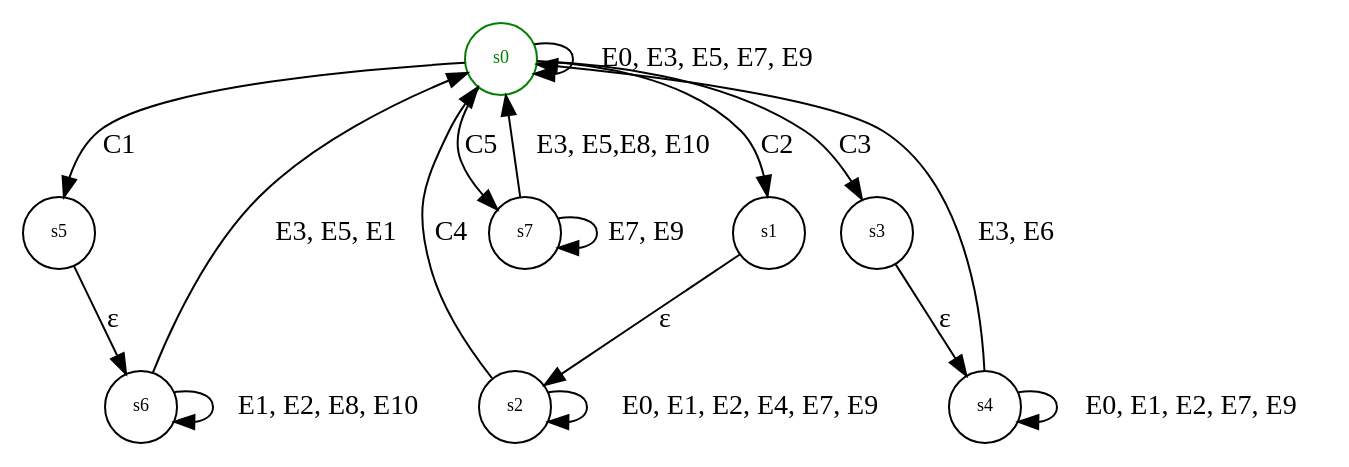
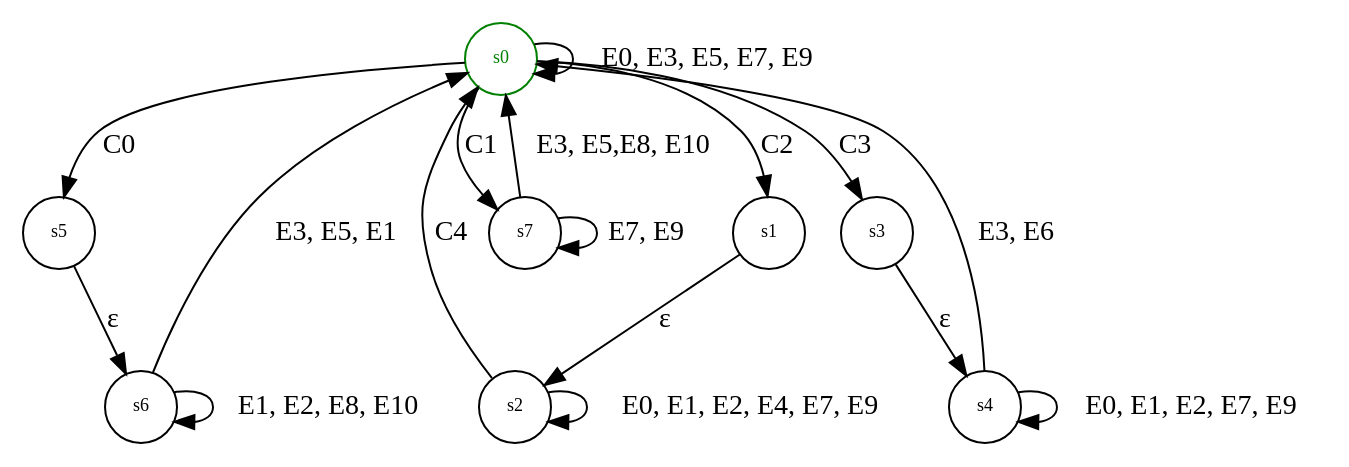
The diagram in source/state_machine_row_selection.gv (eidolonsystems/clipped_table), drawn with Graphviz before and after one commit.

Commit message:
Refactoring.

```diff
--- a/source/state_machine_row_selection.gv
+++ b/source/state_machine_row_selection.gv
@@ -1,148 +1,150 @@
 
 digraph ColumnResizing{
   node [shape = circle, fontsize = 9];
   edge [ fontsize = 14];
 
   s0 [label="s0" color = green, fontcolor = green,];
   s5 [label="s5"];
   s6 [label="s6"];
   s1 [label="s1"];
   s2 [label="s2"];
   s3 [label="s3"];
   s4 [label="s4"];
 
 
   s0 -> s0 [label = "E0, E3, E5, E7, E9"];
-  s0 -> s5 [label = "C1"];
+  s0 -> s5 [label = "C0"];
   s0 -> s1 [label = "C2"];
   s0 -> s3 [label = "C3"];
   s5 -> s6 [label = "&#949;"];
   s6 -> s6 [label = "E1, E2, E8, E10"];
   s6 -> s0 [label = "E3, E5, E1" ];
   s1 -> s2 [label = "&#949;"];
   s2 -> s2 [label = "E0, E1, E2, E4, E7, E9"];
   s2 -> s0 [label = "C4"];
   s3 -> s4 [label = "&#949;"];
   s4 -> s0 [label = "E3, E6"];
   s4 -> s4 [label = "E0, E1, E2, E7, E9"];
-  s0 -> s7 [label = "C5"];
+  s0 -> s7 [label = "C1"];
   s7 -> s7 [label = "E7, E9"];
   s7 -> s0 [label = "E3, E5,E8, E10"];
   
   { rank=same; s5, s7 }
 }
 
 /**
 Fields:
 selectedRows (ArrayTableModel) 
   - The model that keeps track of which rows are selected
 highlightedRow (number) - The row currently highlighted
 previousRow (number) - The last row that was current
 currentRow (number) - The row the mouse is currently inside or 
   that the keyboard is focued on
 isShiftDown (boolean) - Keeps track of if SHIFT is down
 isCtrlDown (boolean) - Keeps track of if CTRL is down
 isMouseDown (boolean) - Keeps track of the left mouse button
 isUpDown (boolean) - Keeps track of if the up key is down
 isDownDown (boolean) - Keeps track of if the down key is down
 isAdding (boolean) - Keeps track of if rows should be added
 
 Init:
 selectedRows = []
 hilightedRow = 0
 previousRow = 0
 currentRow = 0
 isShiftDown = false
 isCtrlDown = false
 isMouseDown = false
 isUpDown = false
 isDownDown = false
 isAdding = true
 
 States:
 s0: Starting state.
 s1:
   selectedRows = clear all true values
   previousRow = highlightedRow
 s2: 
   if(currentRow >= previousRow && currentRow >= highlightedRow
       || currentRow <= previousRow && currentRow <= highlightedRow) {
     add rows from previousRow to currentRow
   } else {
     remove rows from previousRow to currentRow
   }
 s3:
   highlightedRow = currentRow
   previousRow = highlightedRow
   if(current in selected[]) {
     isAdding = false;
   } else {
     isAdding = true;
   }
 s4:
   if(isAdding) {
     if(currentRow >= previousRow && currentRow >= highlightedRow
         || currentRow <= previousRow && currentRow <= highlightedRow) {
       add rows from previousRow to currentRow
     } else {
       remove rows from previousRow to currentRow
     }
   } else {
     if(currentRow >= previousRow && currentRow >= highlightedRow
         || currentRow <= previousRow && currentRow <= highlightedRow) {
       add rows from previousRow to currentRow
     } else {
       remove rows from previousRow to currentRow
     }
   }
 s5:
   selectedRows = clear all true values
   highlightedRow = currentRow
   previousRow = highlightedRow
 s6:
   if(currentRow >= previousRow && currentRow >= highlightedRow
       || currentRow <= previousRow && currentRow <= highlightedRow) {
     add rows from previousRow to currentRow
   } else {
     remove rows from previousRow to currentRow
   }
 s7:
   highlightedRow = currentRow
 
-C0: !isMouseDown && !isUpDown && !isDownDown
-C1: !isShiftDown && !isCtrlDown && isMouseDown
+
+C0: !isShiftDown && !isCtrlDown && isMouseDown
+C1: !isShiftDown && !isCtrlDown && (isUpDown || isDownDown)
 C2: isShiftDown && (isMouseDown || isUpDown || isDownDown)
 C3: isCtrlDown && (isMouseDown || isUpDown || isDownDown)
 C4: !isMouseDown && !isShiftDown
-C5: !isShiftDown && !isCtrlDown && (isUpDown || isDownDown)
+C5: 
+
 
 E0: Mouse Down
   isMouseDown = true
   currentRow = row
 E1: Mouse Up
   isMouseDown = false
 E2: Mouse Enters a row
   if(isMouseDown): 
     currentRow = row
 E3: Shift Down
   isShiftDown = true
 E4: Shift Up
   isShiftDown = false
 E5: Ctrl Down
   isCtrlDown = true
 E6: Ctrl Up
   isCtrlDown = false
 E7: Up Button Down
   isUpDown = true
   previousRow = currentRow
   if (currentRow != 0):
   currentRow = currentRow - 1
 E8: Up Button Up
   isUpDown = false
 E9: Down Button Down
   isDownDown = true
   previousRow = currentRow
   currentRow = currentRow + 1
 E10: Down Button Up
    isDownDown = false
 */
```
